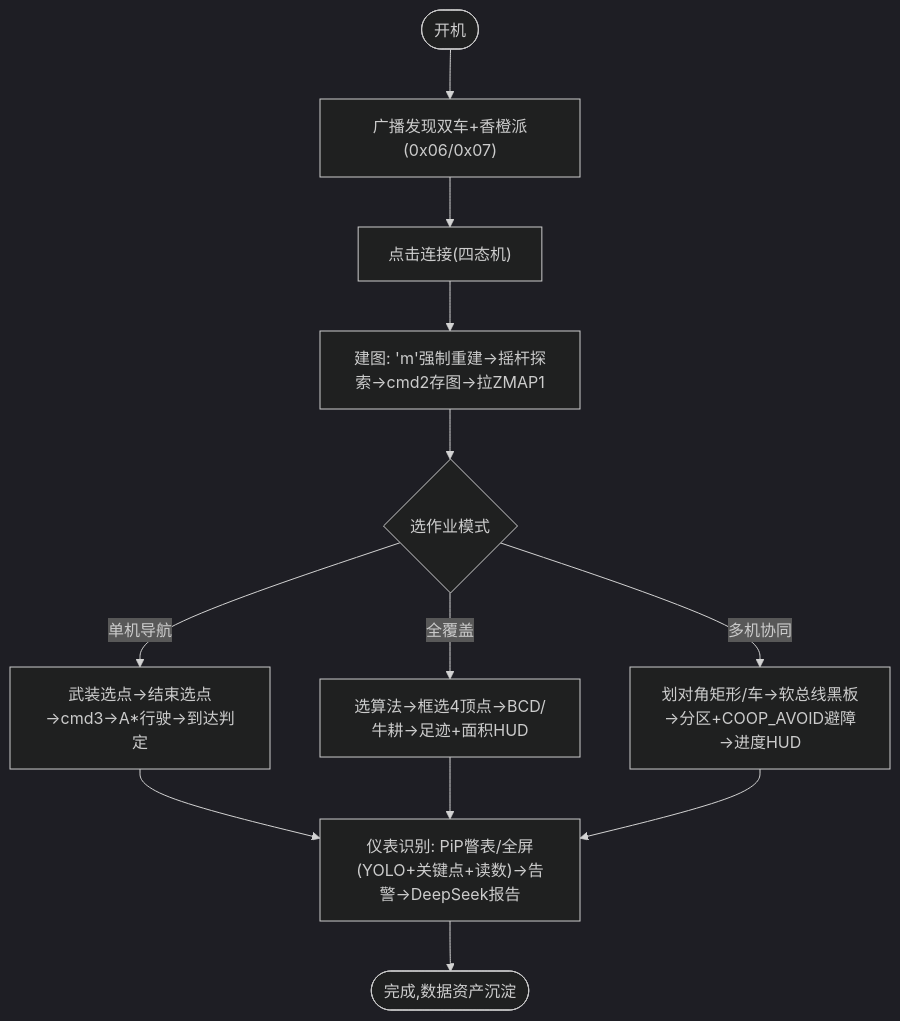
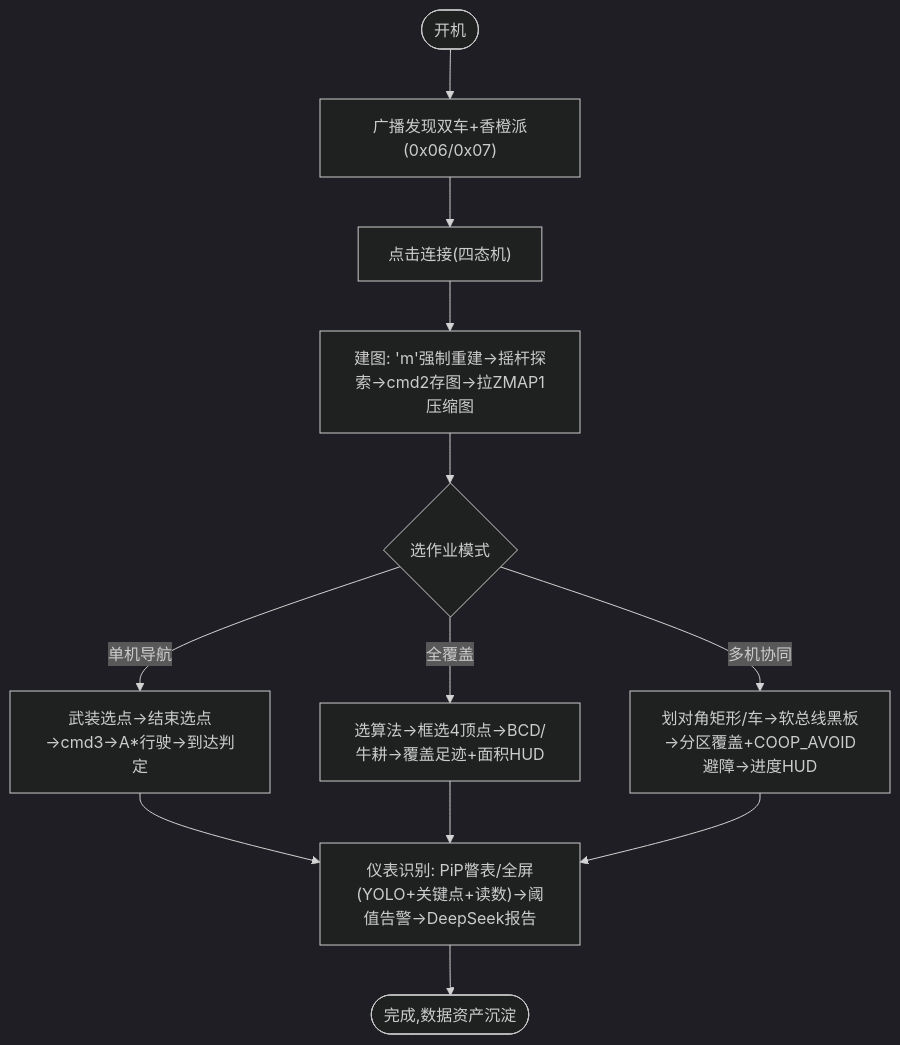
Before and after one commit to Drahann/OpenHarmonyCar: the first of 32 diagrams in 竞赛文档/作品设计文档.md, drawn with Mermaid (dark theme). The commit also changed other lines of this file, not shown here.

First line of the commit message:
docs: 作品设计文档重做——技术深挖(面向评委)+按DDO写软总线+全导航算法图+删冗余

````diff
--- a/竞赛文档/作品设计文档.md
+++ b/竞赛文档/作品设计文档.md
@@ -83,15 +93,15 @@
 ```mermaid
 flowchart TB
   START([开机]) --> DISC["广播发现双车+香橙派(0x06/0x07)"]
   DISC --> CONN["点击连接(四态机)"]
-  CONN --> BUILD["建图: 'm'强制重建→摇杆探索→cmd2存图→拉ZMAP1"]
+  CONN --> BUILD["建图: 'm'强制重建→摇杆探索→cmd2存图→拉ZMAP1压缩图"]
   BUILD --> CHOOSE{"选作业模式"}
   CHOOSE -->|单机导航| NAV["武装选点→结束选点→cmd3→A*行驶→到达判定"]
-  CHOOSE -->|全覆盖| COV["选算法→框选4顶点→BCD/牛耕→足迹+面积HUD"]
-  CHOOSE -->|多机协同| MULTI["划对角矩形/车→软总线黑板→分区+COOP_AVOID避障→进度HUD"]
+  CHOOSE -->|全覆盖| COV["选算法→框选4顶点→BCD/牛耕→覆盖足迹+面积HUD"]
+  CHOOSE -->|多机协同| MULTI["划对角矩形/车→软总线黑板→分区覆盖+COOP_AVOID避障→进度HUD"]
   NAV --> VIS
   COV --> VIS
   MULTI --> VIS
-  VIS["仪表识别: PiP瞥表/全屏(YOLO+关键点+读数)→告警→DeepSeek报告"]
+  VIS["仪表识别: PiP瞥表/全屏(YOLO+关键点+读数)→阈值告警→DeepSeek报告"]
   VIS --> END([完成,数据资产沉淀])
 ```
````
